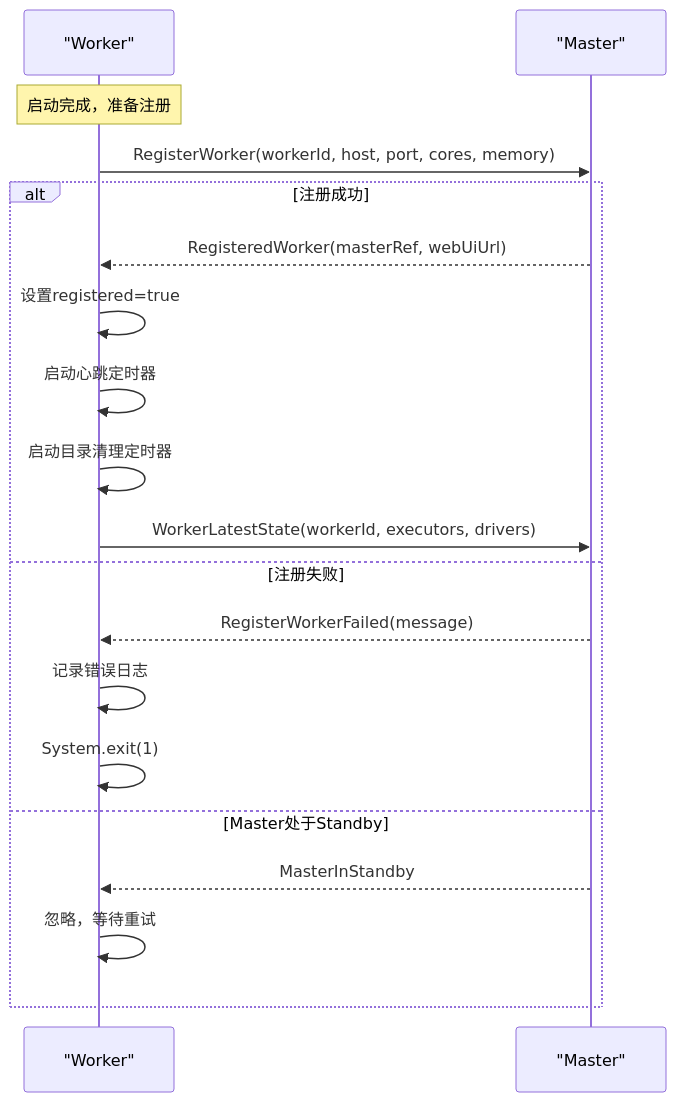
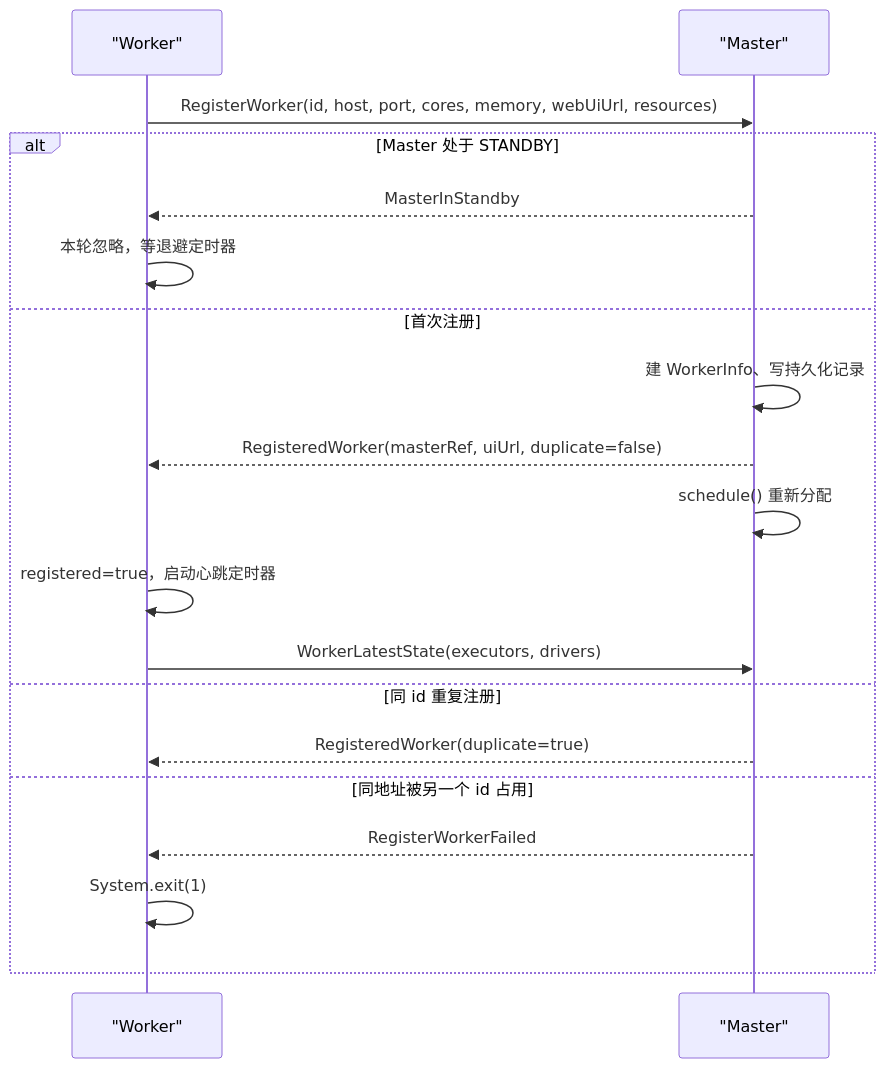
The second of 5 diagrams in content/大数据/Spark/读书笔记-spark内核/02_系统架构与运行机制/2. Spark_Worker_启动原理.md (hpliStartAgain/my-brain), drawn with Mermaid before and after one commit. The commit also changed other lines of this file and 259 other files, not shown here.

````diff
--- a/content/大数据/Spark/读书笔记-spark内核/02_系统架构与运行机制/2. Spark_Worker_启动原理.md
+++ b/content/大数据/Spark/读书笔记-spark内核/02_系统架构与运行机制/2. Spark_Worker_启动原理.md
@@ -257,25 +212,22 @@
 ```mermaid
+%%{init: {'theme': 'dracula'}}%%
 sequenceDiagram
     participant W as "Worker"
     participant M as "Master"
-    
-    Note over W: 启动完成，准备注册
-    W->>M: RegisterWorker(workerId, host, port, cores, memory)
-    
-    alt 注册成功
-        M-->>W: RegisteredWorker(masterRef, webUiUrl)
-        W->>W: 设置registered=true
-        W->>W: 启动心跳定时器
-        W->>W: 启动目录清理定时器
-        W->>M: WorkerLatestState(workerId, executors, drivers)
-        
-    else 注册失败
-        M-->>W: RegisterWorkerFailed(message)
-        W->>W: 记录错误日志
+    W->>M: RegisterWorker(id, host, port, cores, memory, webUiUrl, resources)
+    alt Master 处于 STANDBY
+        M-->>W: MasterInStandby
+        W->>W: 本轮忽略，等退避定时器
+    else 首次注册
+        M->>M: 建 WorkerInfo、写持久化记录
+        M-->>W: RegisteredWorker(masterRef, uiUrl, duplicate=false)
+        M->>M: schedule() 重新分配
+        W->>W: registered=true，启动心跳定时器
+        W->>M: WorkerLatestState(executors, drivers)
+    else 同 id 重复注册
+        M-->>W: RegisteredWorker(duplicate=true)
+    else 同地址被另一个 id 占用
+        M-->>W: RegisterWorkerFailed
         W->>W: System.exit(1)
-        
-    else Master处于Standby
-        M-->>W: MasterInStandby
-        W->>W: 忽略，等待重试
     end
 ```
````
